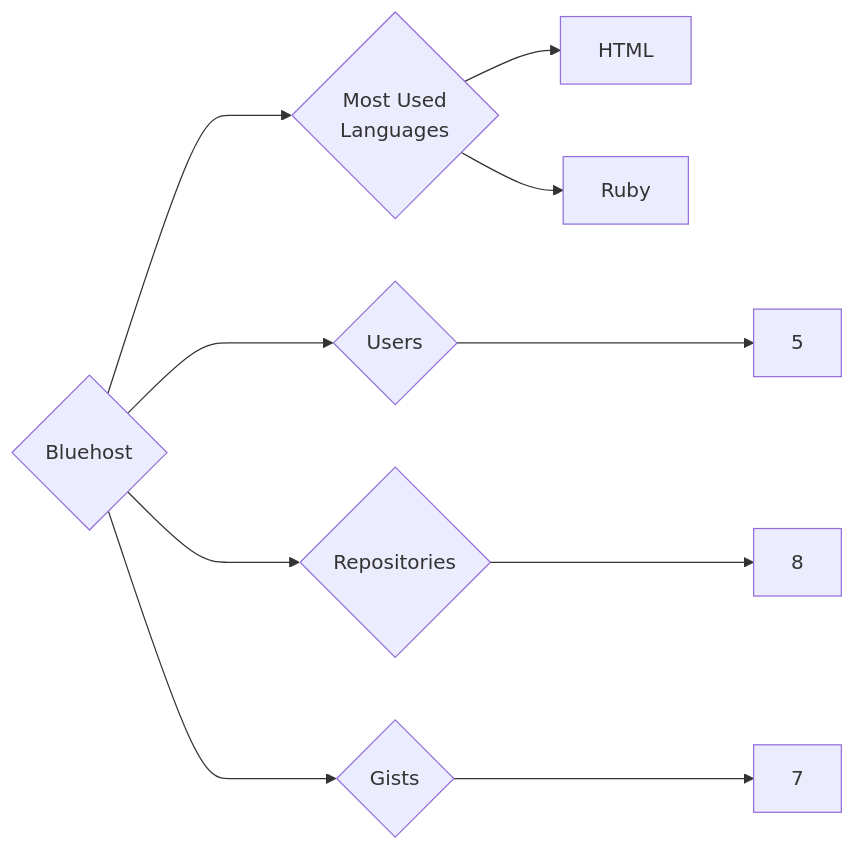
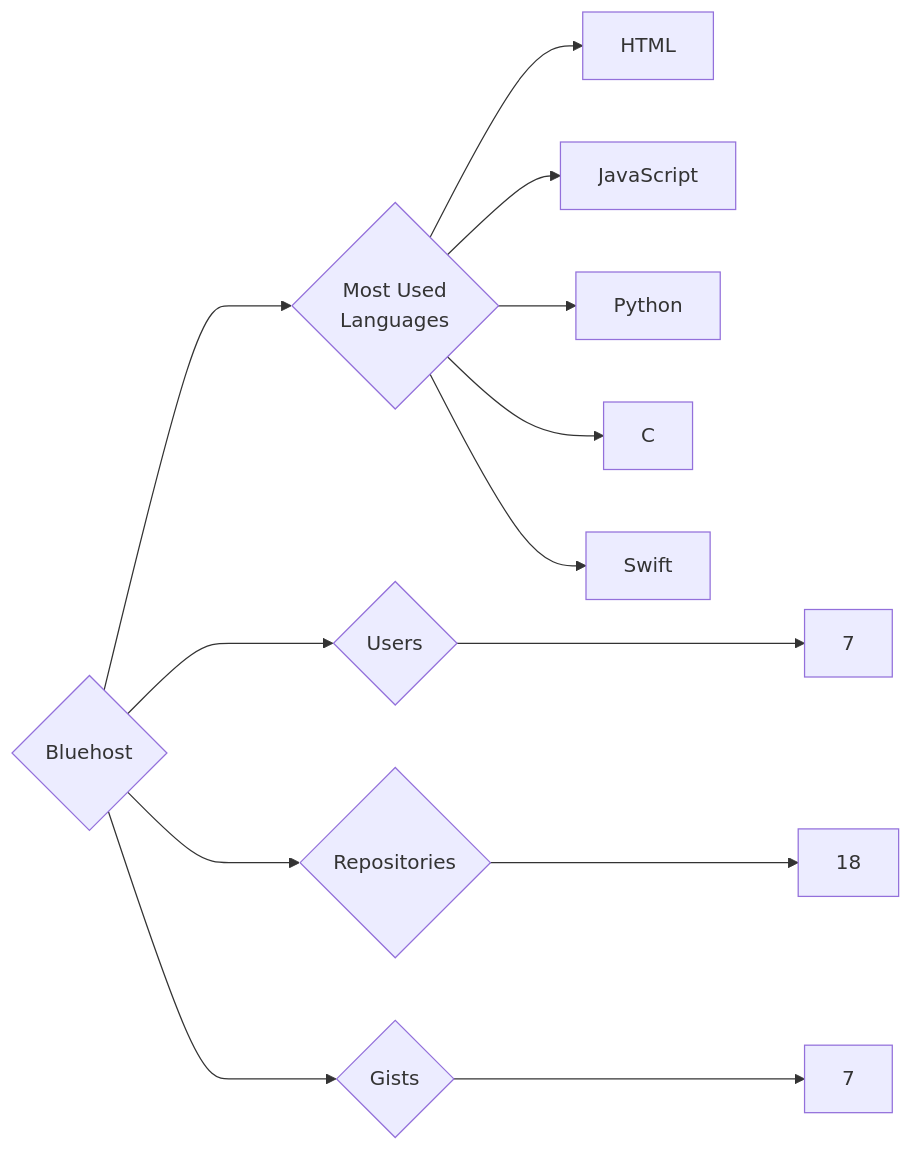
Before and after one commit to trickest/insiders: the diagram in targets/Bluehost/README.md, drawn with Mermaid. The commit also changed 1166 other files, not shown here.

````diff
--- a/targets/Bluehost/README.md
+++ b/targets/Bluehost/README.md
@@ -3,10 +3,13 @@
 ```mermaid
 graph LR
 COMPANY_NAME{Bluehost}
-COMPANY_NAME ---> U{Users} ---> UN[5]
-COMPANY_NAME ---> R{Repositories} ---> RN[8]
+COMPANY_NAME ---> U{Users} ---> UN[7]
+COMPANY_NAME ---> R{Repositories} ---> RN[18]
 COMPANY_NAME ---> G{Gists} ---> GN[7]
 COMPANY_NAME ---> ML{Most Used<br>Languages}
 ML --> HTML[HTML]
-ML --> Ruby[Ruby]
+ML --> JavaScript[JavaScript]
+ML --> Python[Python]
+ML --> C[C]
+ML --> Swift[Swift]
 ```
````
